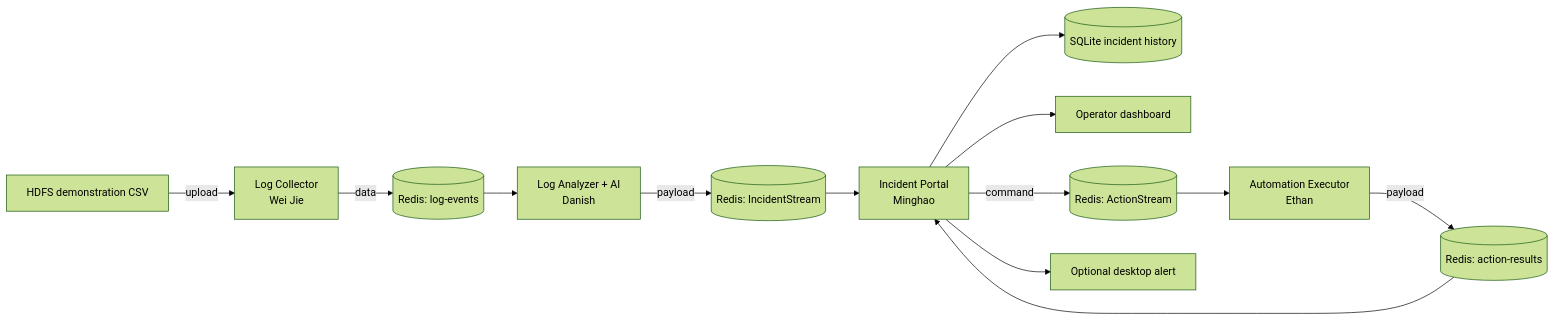
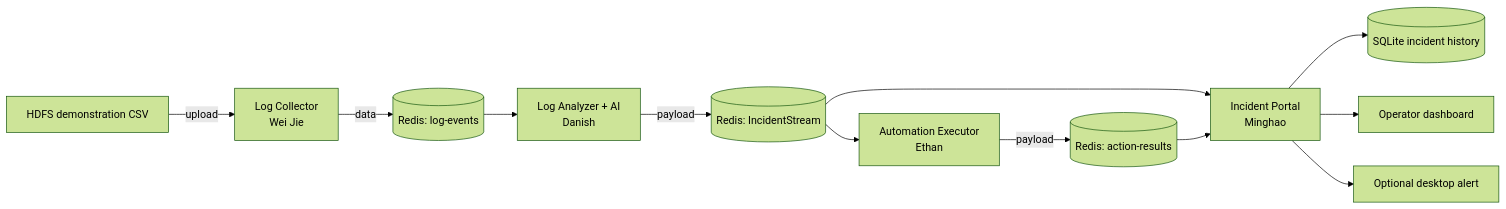
One commit to 10299hao/EGT307-Project changed the diagram in README.md. Above: the diagram before and after it, drawn with Mermaid (forest theme). The commit also changed other lines of this file, not shown here.

Commit message:
Ethan updating readme for his executor and how it works

````diff
--- a/README.md
+++ b/README.md
@@ -35,28 +35,26 @@
 ```mermaid
 flowchart LR
     Data["HDFS demonstration CSV"]
     Collector["Log Collector<br/>Wei Jie"]
     LogStream[("Redis: log-events")]
     Analyzer["Log Analyzer + AI<br/>Danish"]
     IncidentStream[("Redis: IncidentStream")]
     Portal["Incident Portal<br/>Minghao"]
     Database[("SQLite incident history")]
     Dashboard["Operator dashboard"]
-    ActionStream[("Redis: ActionStream")]
     Executor["Automation Executor<br/>Ethan"]
     ResultStream[("Redis: action-results")]
     Notification["Optional desktop alert"]
 
     Data -->|"upload"| Collector
     Collector -->|"data"| LogStream
     LogStream --> Analyzer
     Analyzer -->|"payload"| IncidentStream
     IncidentStream --> Portal
+    IncidentStream --> Executor
     Portal --> Database
     Portal --> Dashboard
     Portal --> Notification
-    Portal -->|"command"| ActionStream
-    ActionStream --> Executor
     Executor -->|"payload"| ResultStream
     ResultStream --> Portal
 ```
````
